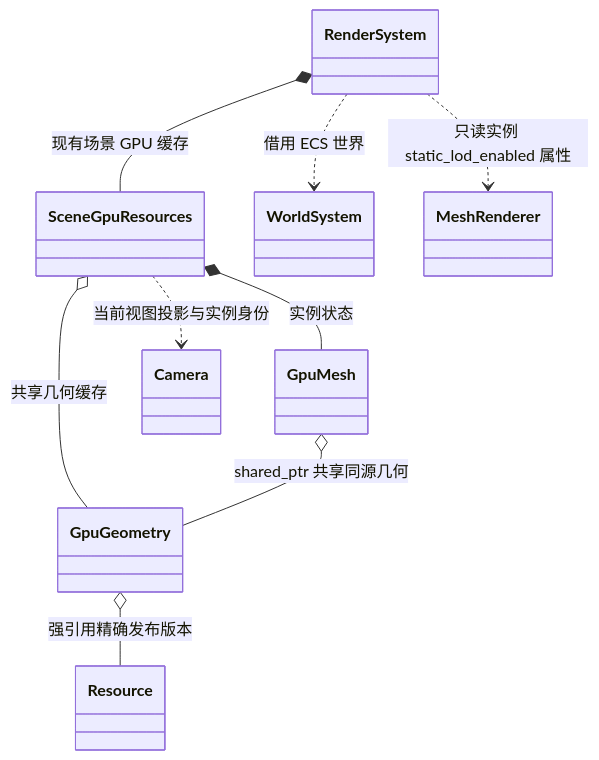
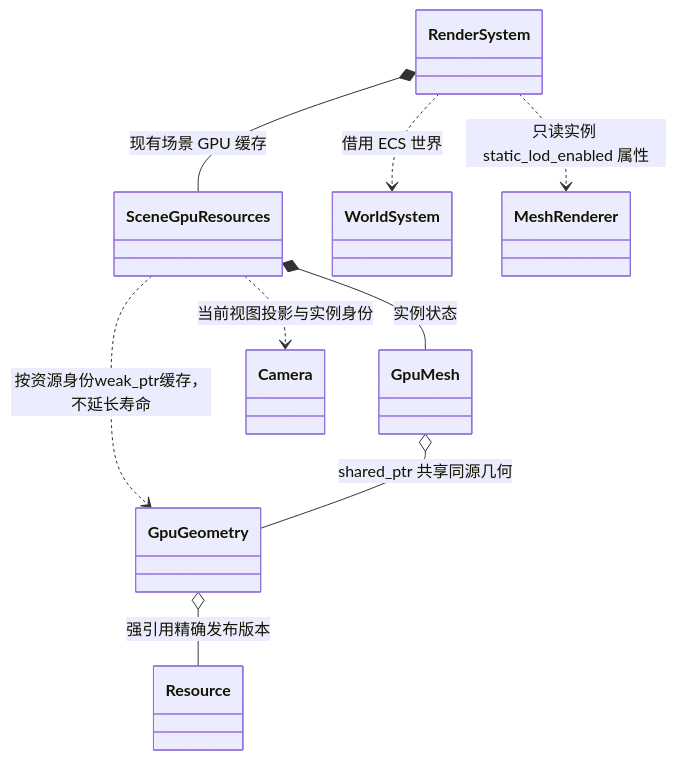
One commit to lcals/Engine changed the third of 3 diagrams in docs/editor/class-diagrams/static-model-lod.md. Above: the diagram before and after it, drawn with Mermaid. The commit also changed other lines of this file and 222 other files, not shown here.

Commit message:
Consolidate editor asset imports and align architecture documentation

````diff
--- a/docs/editor/class-diagrams/static-model-lod.md
+++ b/docs/editor/class-diagrams/static-model-lod.md
@@ -76,19 +76,19 @@
 ```mermaid
 classDiagram
     class RenderSystem
     class SceneGpuResources
     class GpuGeometry
     class GpuMesh
     class Resource
     class WorldSystem
     class Camera
     class MeshRenderer
     RenderSystem *-- SceneGpuResources : 现有场景 GPU 缓存
     RenderSystem ..> MeshRenderer : 只读实例 static_lod_enabled 属性
     RenderSystem ..> WorldSystem : 借用 ECS 世界
     SceneGpuResources *-- GpuMesh : 实例状态
-    SceneGpuResources o-- GpuGeometry : 共享几何缓存
+    SceneGpuResources ..> GpuGeometry : 按资源身份weak_ptr缓存，不延长寿命
     GpuMesh o-- GpuGeometry : shared_ptr 共享同源几何
     GpuGeometry o-- Resource : 强引用精确发布版本
     SceneGpuResources ..> Camera : 当前视图投影与实例身份
 ```
````
